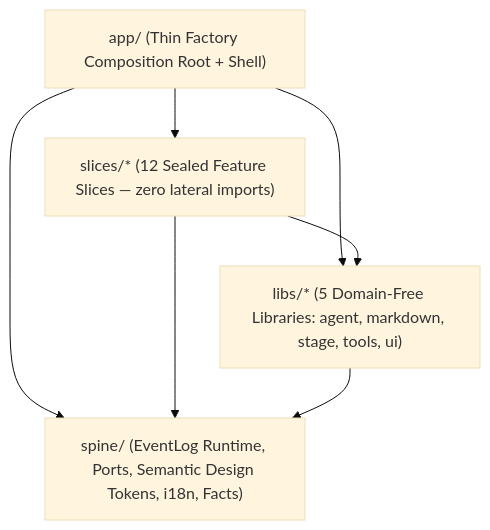
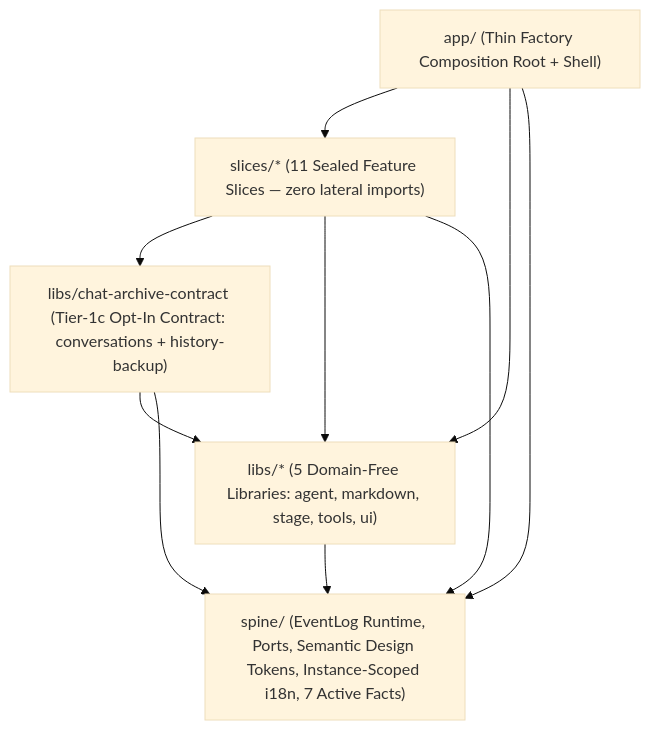
Before and after one commit to mdlockyer/deepseek-chat: the diagram in docs/ssa-architecture.md, drawn with Mermaid (base theme). The commit also changed other lines of this file and 15 other files, not shown here.

````diff
--- a/docs/ssa-architecture.md
+++ b/docs/ssa-architecture.md
@@ -9,14 +10,18 @@
 ```mermaid
 flowchart TD
   App["app/ (Thin Factory Composition Root + Shell)"]
-  Slices["slices/* (12 Sealed Feature Slices — zero lateral imports)"]
+  Slices["slices/* (11 Sealed Feature Slices — zero lateral imports)"]
+  Contracts["libs/chat-archive-contract (Tier-1c Opt-In Contract: conversations + history-backup)"]
   Libs["libs/* (5 Domain-Free Libraries: agent, markdown, stage, tools, ui)"]
-  Spine["spine/ (EventLog Runtime, Ports, Semantic Design Tokens, i18n, Facts)"]
+  Spine["spine/ (EventLog Runtime, Ports, Semantic Design Tokens, Instance-Scoped i18n, 7 Active Facts)"]
 
   App --> Slices
   App --> Libs
   App --> Spine
+  Slices --> Contracts
   Slices --> Libs
   Slices --> Spine
+  Contracts --> Libs
+  Contracts --> Spine
   Libs --> Spine
 ```
````
